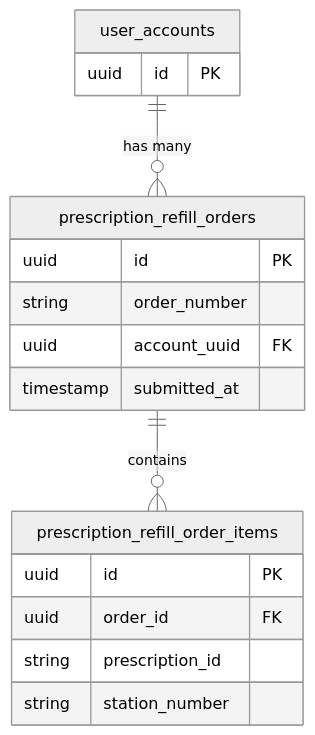
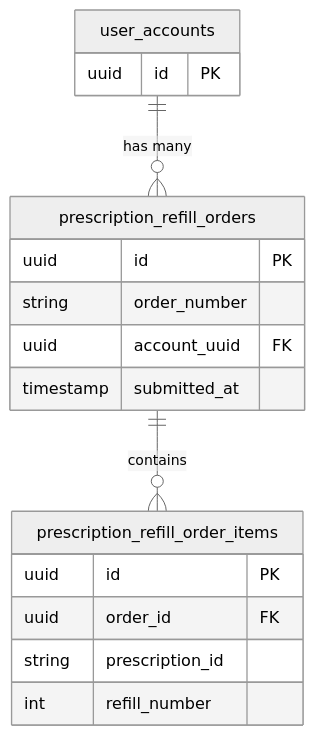
One commit to department-of-veterans-affairs/va.gov-team changed the third of 4 diagrams in products/health-care/prescription-refills/mhv-prescription-refill/2025-12-prescription-refill-order-tracking.md. Above: the diagram before and after it, drawn with Mermaid (neutral theme). The commit also changed other lines of this file, not shown here.

````diff
--- a/products/health-care/prescription-refills/mhv-prescription-refill/2025-12-prescription-refill-order-tracking.md
+++ b/products/health-care/prescription-refills/mhv-prescription-refill/2025-12-prescription-refill-order-tracking.md
@@ -460,23 +632,23 @@
 ```mermaid
 erDiagram
     user_accounts {
         uuid id PK
     }
 
     prescription_refill_orders {
         uuid id PK
         string order_number
         uuid account_uuid FK
         timestamp submitted_at
     }
 
     prescription_refill_order_items {
         uuid id PK
         uuid order_id FK
         string prescription_id
-        string station_number
+        int refill_number
     }
 
     user_accounts ||--o{ prescription_refill_orders : "has many"
     prescription_refill_orders ||--o{ prescription_refill_order_items : "contains"
 ```
````
